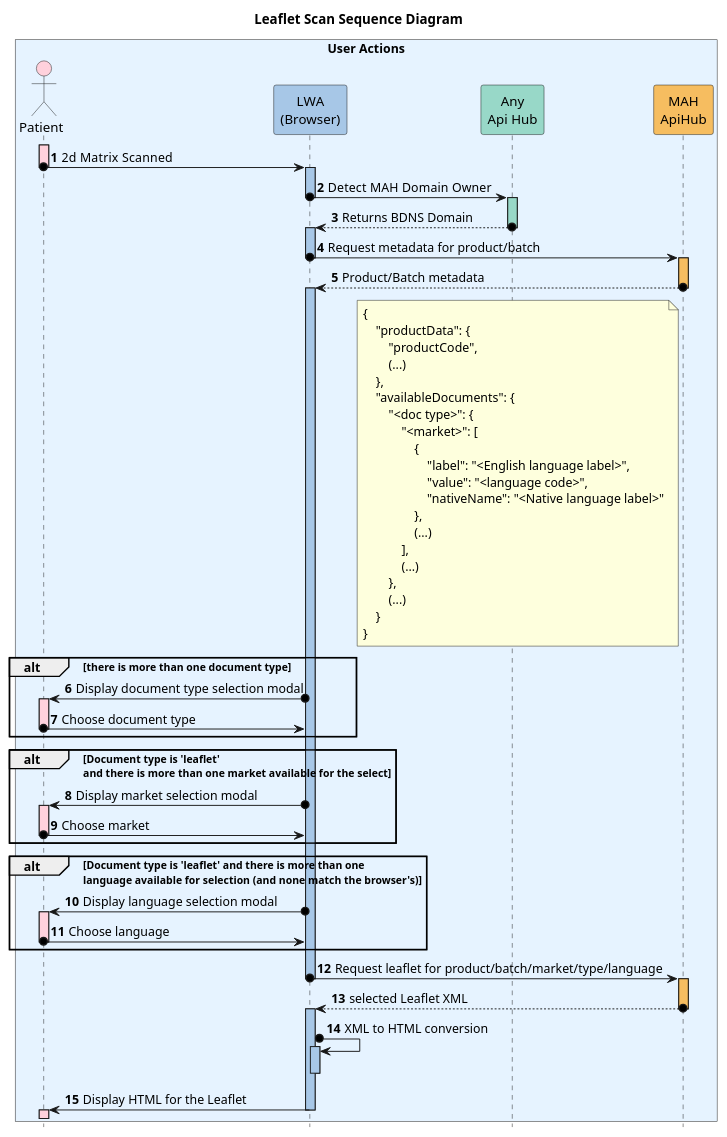
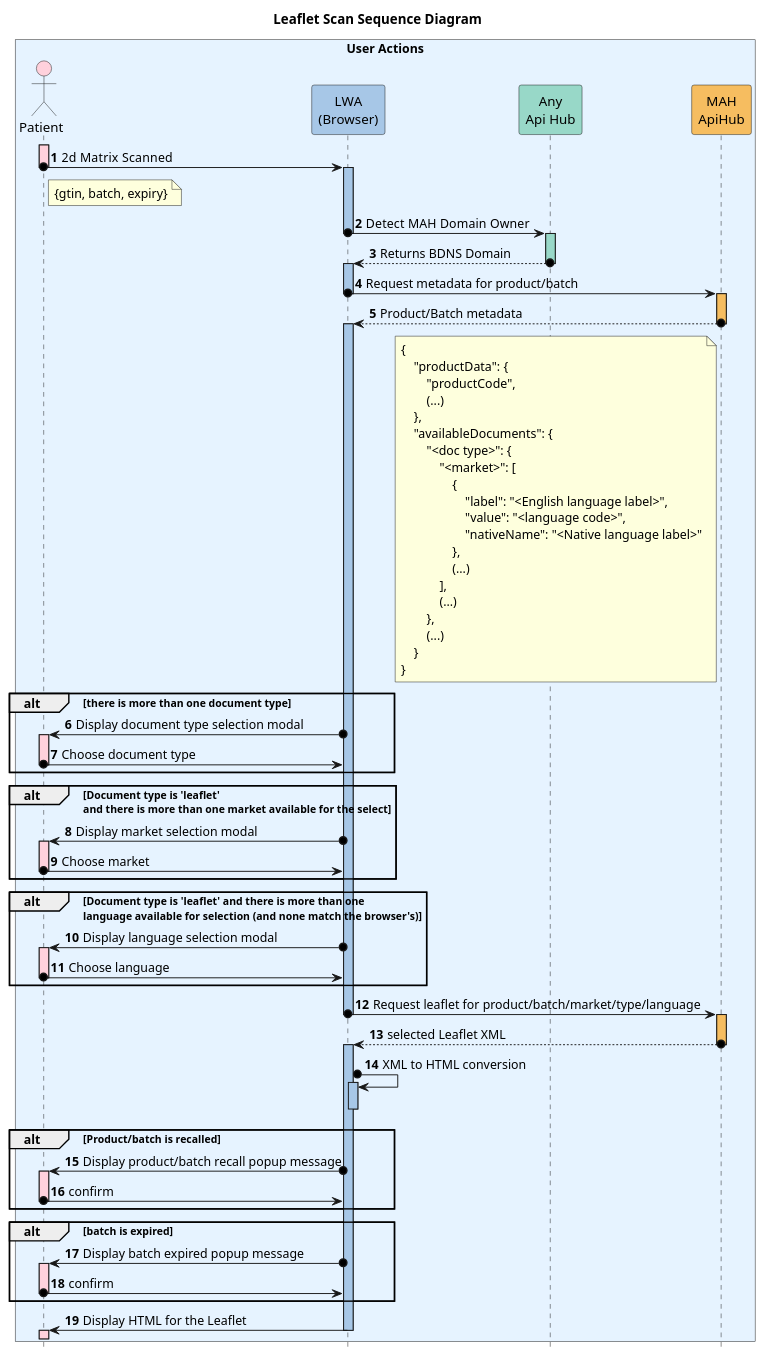
Before and after one commit to PDMFCSA/epi-workspace-for-snyk-scan: the diagram in epi-workspace/apihub-root/lwa/workdocs/uml/Scan_sequence_diagram.puml, drawn with PlantUML. The commit also changed 8 other files, not shown here.

```diff
--- a/epi-workspace/apihub-root/lwa/workdocs/uml/Scan_sequence_diagram.puml
+++ b/epi-workspace/apihub-root/lwa/workdocs/uml/Scan_sequence_diagram.puml
@@ -1,97 +1,114 @@
 @startuml
 hide footbox
 autonumber
 hide unlinked
 
 box "User Actions" #E6F3FF
 actor Patient as p #FFD1DC
 
 participant "LWA\n(Browser)" as l #A7C7E7
 
 participant "Any\nApi Hub" as a #98D8C8
 participant "MAH\nApiHub" as b #F6BD60
 
 title Leaflet Scan Sequence Diagram
 
 activate p #FFD1DC
 p o-> l: 2d Matrix  Scanned
 deactivate p
+note right of p
+{gtin, batch, expiry}
+end note
 
 activate l #A7C7E7
 l o-> a : Detect MAH  Domain Owner
 deactivate  l
 
 activate a #98D8C8
 return Returns BDNS Domain
 deactivate a
 
 activate l #A7C7E7
 l o-> b : Request metadata for product/batch
 deactivate l
 
 activate b #F6BD60
 return Product/Batch metadata
 note left of b
 {
     "productData": {
         "productCode",
         (...)
     },
     "availableDocuments": {
         "<doc type>": {
             "<market>": [
                 {
                     "label": "<English language label>",
                     "value": "<language code>",
                     "nativeName": "<Native language label>"
                 },
                 (...)
             ],
             (...)
         },
         (...)
     }
 }
 end note
 deactivate b
 
 activate l #A7C7E7
 
 alt there is more than one document type
 l o-> p #FFD1DC: Display document type selection modal
 activate p #FFD1DC
 p o-> l #A7C7E7: Choose document type
 deactivate p
 end
 
 alt Document type is 'leaflet'\nand there is more than one market available for the select
 l o-> p #FFD1DC: Display market selection modal
 activate p #FFD1DC
 p o-> l #A7C7E7: Choose market
 deactivate p
 end
 
 alt Document type is 'leaflet' and there is more than one\nlanguage available for selection (and none match the browser's)
 l o-> p #FFD1DC: Display language selection modal
 activate p #FFD1DC
 p o-> l #A7C7E7: Choose language
 deactivate p
 end
 l o-> b #F6BD60: Request leaflet for product/batch/market/type/language
 deactivate l
 
 activate b #F6BD60
 return selected Leaflet XML
 deactivate b
 
 activate l #A7C7E7
 
 l o-> l #A7C7E7: XML to HTML conversion
 activate l #A7C7E7
 deactivate l
+alt Product/batch is recalled
+l o-> p #FFD1DC: Display product/batch recall popup message
+activate p #FFD1DC
+p o-> l #A7C7E7: confirm
+deactivate p
+end
+
+alt batch is expired
+l o-> p #FFD1DC: Display batch expired popup message
+activate p #FFD1DC
+p o-> l #A7C7E7: confirm
+deactivate p
+end
+
 l -> p #FFD1DC: Display HTML for the Leaflet
 deactivate l
 activate p #FFD1DC
 end box
 
 @enduml
```
